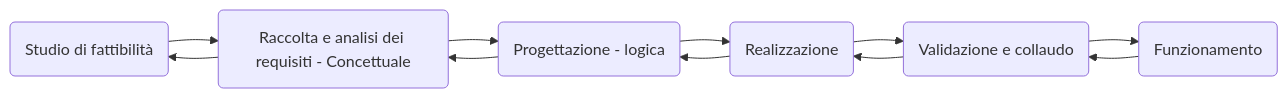
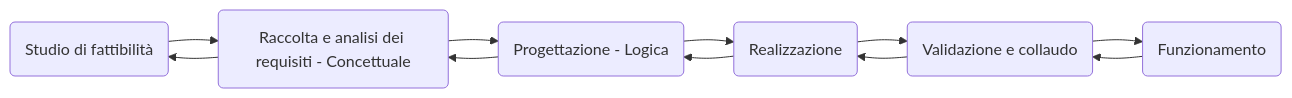
Before and after one commit to Raven-s-Soul/Basi-di-dati: the first of 3 diagrams in ER(EntityRelationship).md, drawn with Mermaid. The commit also changed other lines of this file, not shown here.

````diff
--- a/ER(EntityRelationship).md
+++ b/ER(EntityRelationship).md
@@ -13,13 +13,13 @@
 ```mermaid
 flowchart LR
     A(Studio di fattibilità) --> B(Raccolta e analisi dei requisiti - Concettuale)
     B --> A
-    B --> C(Progettazione - logica)
+    B --> C(Progettazione - Logica)
     C --> B
     C --> D(Realizzazione)
     D --> C
     D --> E(Validazione e collaudo)
     E --> D
     E --> F(Funzionamento)
     F --> E
 ```
````
